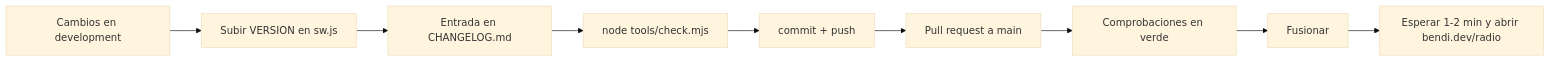
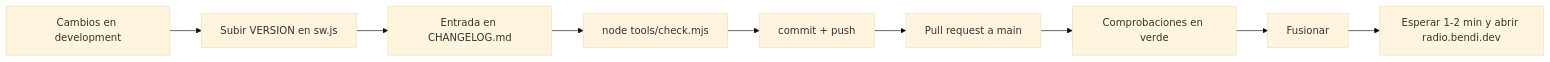
Before and after one commit to serbenda/radio: the diagram in docs/GUIA.md, drawn with Mermaid (base theme). The commit also changed other lines of this file and 39 other files, not shown here.

First line of the commit message:
Dominio propio radio.bendi.dev

````diff
--- a/docs/GUIA.md
+++ b/docs/GUIA.md
@@ -289,11 +289,11 @@
 ```mermaid
 flowchart LR
   A[Cambios en development] --> B[Subir VERSION en sw.js]
   B --> C[Entrada en CHANGELOG.md]
   C --> D[node tools/check.mjs]
   D --> E[commit + push]
   E --> F[Pull request a main]
   F --> G[Comprobaciones en verde]
   G --> H[Fusionar]
-  H --> I[Esperar 1-2 min y abrir bendi.dev/radio]
+  H --> I[Esperar 1-2 min y abrir radio.bendi.dev]
 ```
````
